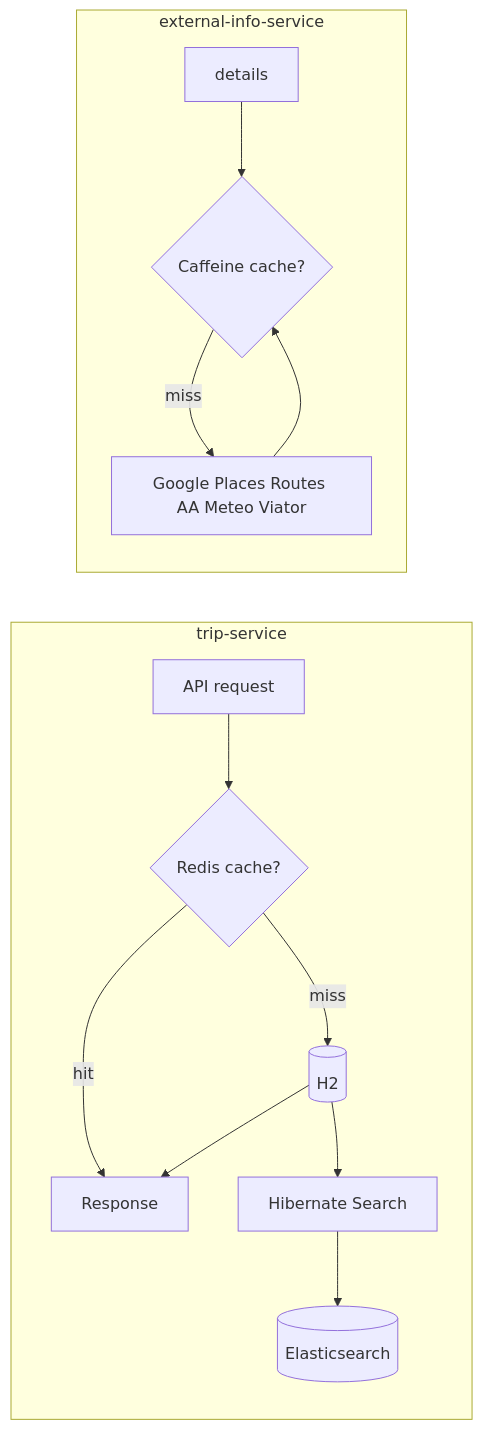
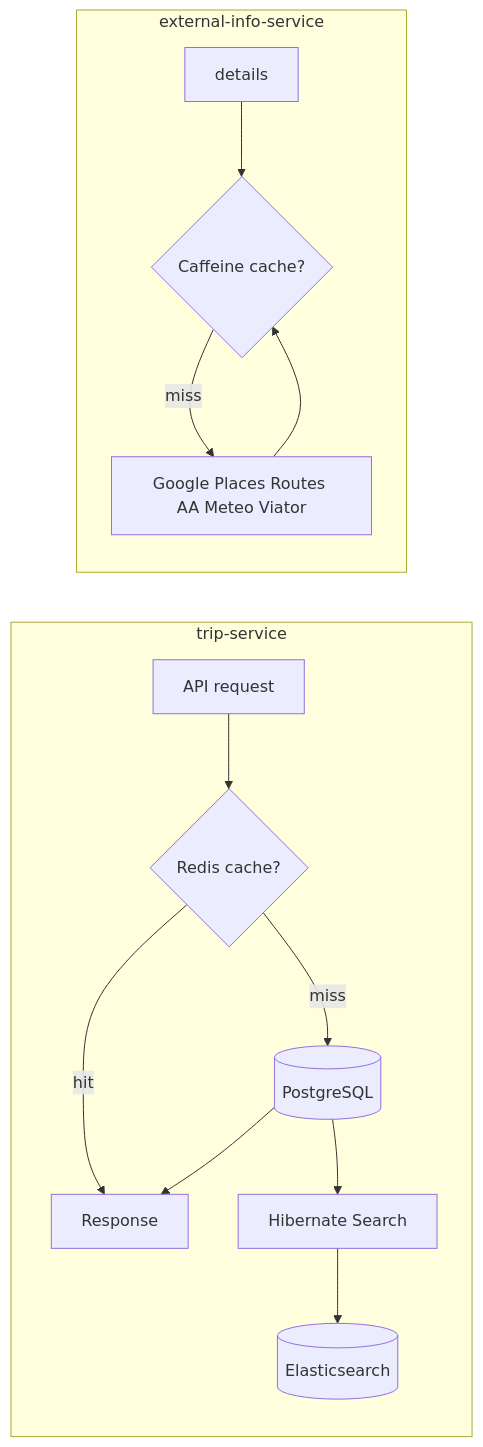
One commit to tbd-htwg/backend changed the fourth of 4 diagrams in docs/gettingstarted/STATE.md. Above: the diagram before and after it, drawn with Mermaid. The commit also changed other lines of this file and 4 other files, not shown here.

````diff
--- a/docs/gettingstarted/STATE.md
+++ b/docs/gettingstarted/STATE.md
@@ -260,17 +266,17 @@
 ```mermaid
 flowchart LR
   subgraph TripFlow["trip-service"]
     Req[API request] --> Cache{Redis cache?}
     Cache -->|hit| Resp[Response]
-    Cache -->|miss| H2[(H2)]
-    H2 --> Index[Hibernate Search]
+    Cache -->|miss| PG[(PostgreSQL)]
+    PG --> Index[Hibernate Search]
     Index --> ES[(Elasticsearch)]
-    H2 --> Resp
+    PG --> Resp
   end
 
   subgraph ExtFlow["external-info-service"]
     Req2[details] --> CCache{Caffeine cache?}
     CCache -->|miss| APIs[Google Places Routes AA Meteo Viator]
     APIs --> CCache
   end
 ```
````
